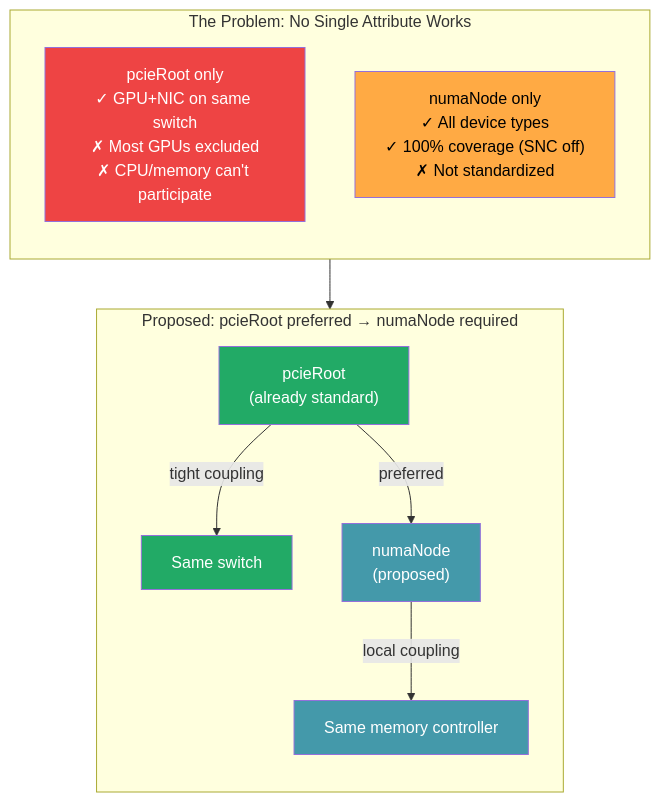
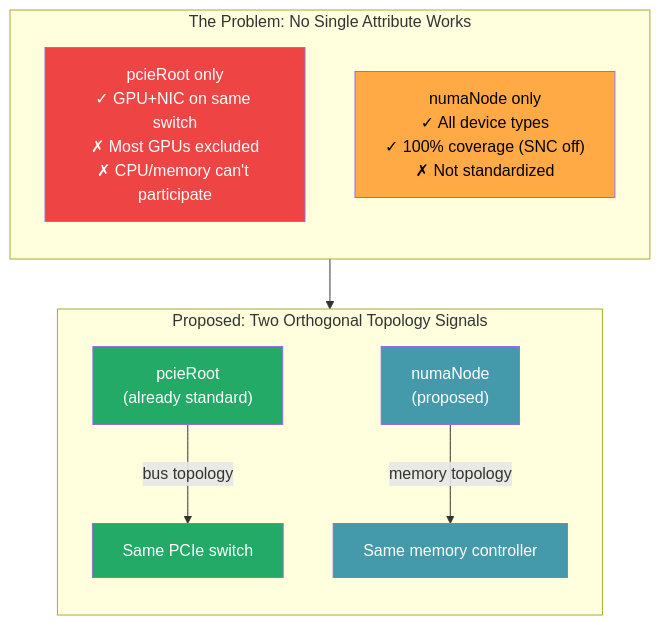
The diagram in docs/upstream-proposals/standardize-numanode.md (johnahull/dra-topology-aware-co-placement), drawn with Mermaid before and after one commit. The commit also changed other lines of this file and 7 other files, not shown here.

````diff
--- a/docs/upstream-proposals/standardize-numanode.md
+++ b/docs/upstream-proposals/standardize-numanode.md
@@ -7,26 +7,25 @@
 ```mermaid
 graph TB
     subgraph PROBLEM["The Problem: No Single Attribute Works"]
         direction TB
         P1["pcieRoot only<br/>✓ GPU+NIC on same switch<br/>✗ Most GPUs excluded<br/>✗ CPU/memory can't participate"]
         P2["numaNode only<br/>✓ All device types<br/>✓ 100% coverage (SNC off)<br/>✗ Not standardized"]
     end
 
-    subgraph SOLUTION["Proposed: pcieRoot preferred → numaNode required"]
+    subgraph SOLUTION["Proposed: Two Orthogonal Topology Signals"]
         direction TB
         S1["pcieRoot<br/>(already standard)"]
         S2["numaNode<br/>(proposed)"]
-        S1 -->|"tight coupling"| T["Same switch"]
-        S2 -->|"local coupling"| L["Same memory controller"]
-        S1 -->|"preferred"| S2
+        S1 -->|"bus topology"| T["Same PCIe switch"]
+        S2 -->|"memory topology"| L["Same memory controller"]
     end
 
     PROBLEM --> SOLUTION
 
     style P1 fill:#e44,color:#fff
     style P2 fill:#fa4,color:#000
     style T fill:#2a6,color:#fff
     style L fill:#49a,color:#fff
     style S1 fill:#2a6,color:#fff
     style S2 fill:#49a,color:#fff
 ```
````
